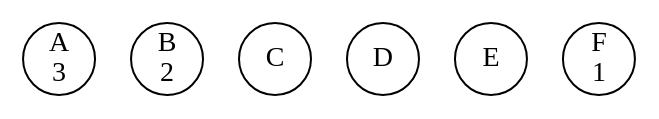
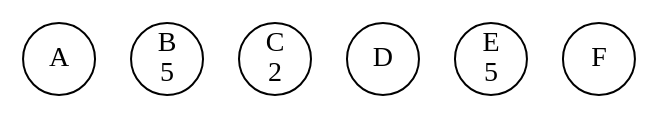
The diagram in concurrency-lab-2/bank/out/0000000002.gv (li23179/GO), drawn with Graphviz before and after one commit. The commit also changed 76 other files, not shown here.

```diff
--- a/concurrency-lab-2/bank/out/0000000002.gv
+++ b/concurrency-lab-2/bank/out/0000000002.gv
@@ -1,8 +1,8 @@
 digraph bank {
-	 0 [label= "A\n3" , pos= "1,0!" , shape=circle, fixedsize=true, width=0.5 ]
-	 1 [label= "B\n2" , pos= "0,1!" , shape=circle, fixedsize=true, width=0.5 ]
-	 2 [label= "C\n" , pos= "1,2!" , shape=circle, fixedsize=true, width=0.5 ]
+	 0 [label= "A\n" , pos= "1,0!" , shape=circle, fixedsize=true, width=0.5 ]
+	 1 [label= "B\n5" , pos= "0,1!" , shape=circle, fixedsize=true, width=0.5 ]
+	 2 [label= "C\n2" , pos= "1,2!" , shape=circle, fixedsize=true, width=0.5 ]
 	 3 [label= "D\n" , pos= "2,2!" , shape=circle, fixedsize=true, width=0.5 ]
-	 4 [label= "E\n" , pos= "3,1!" , shape=circle, fixedsize=true, width=0.5 ]
-	 5 [label= "F\n1" , pos= "2,0!" , shape=circle, fixedsize=true, width=0.5 ]
+	 4 [label= "E\n5" , pos= "3,1!" , shape=circle, fixedsize=true, width=0.5 ]
+	 5 [label= "F\n" , pos= "2,0!" , shape=circle, fixedsize=true, width=0.5 ]
 }
```
